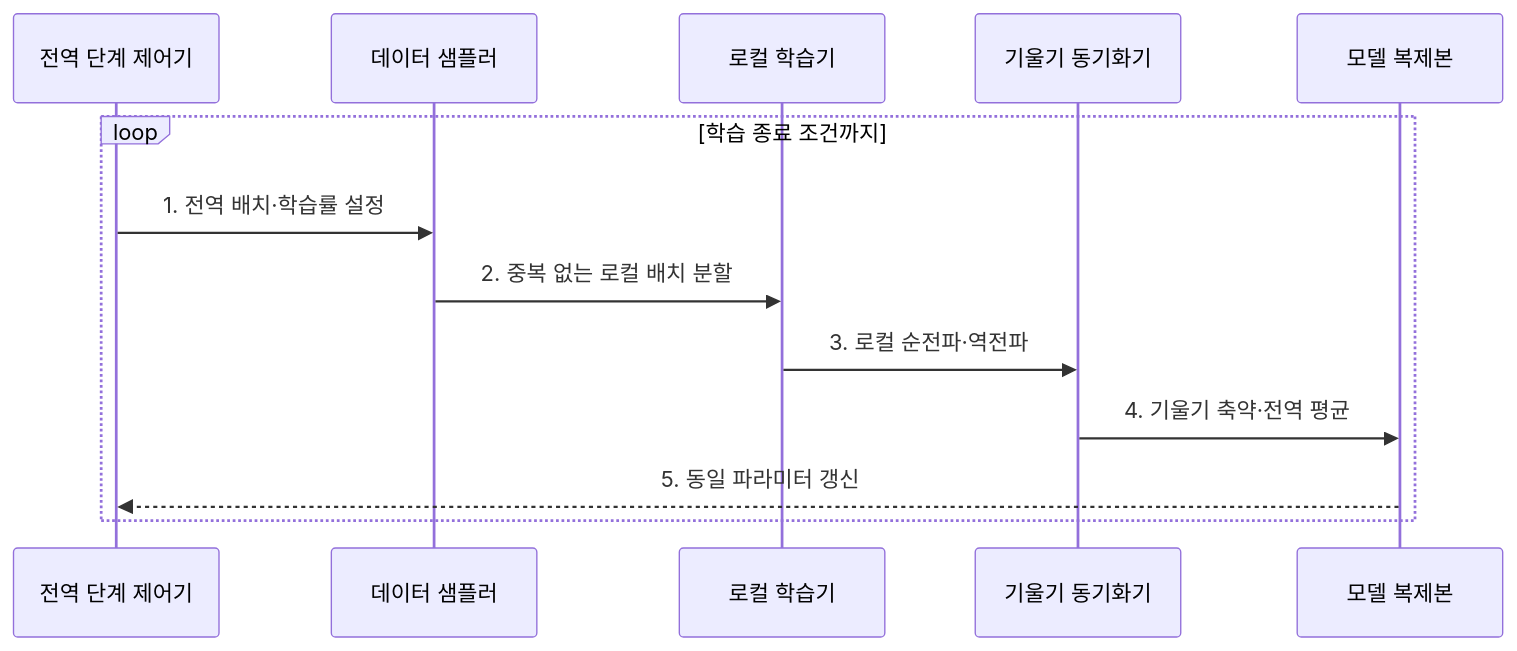
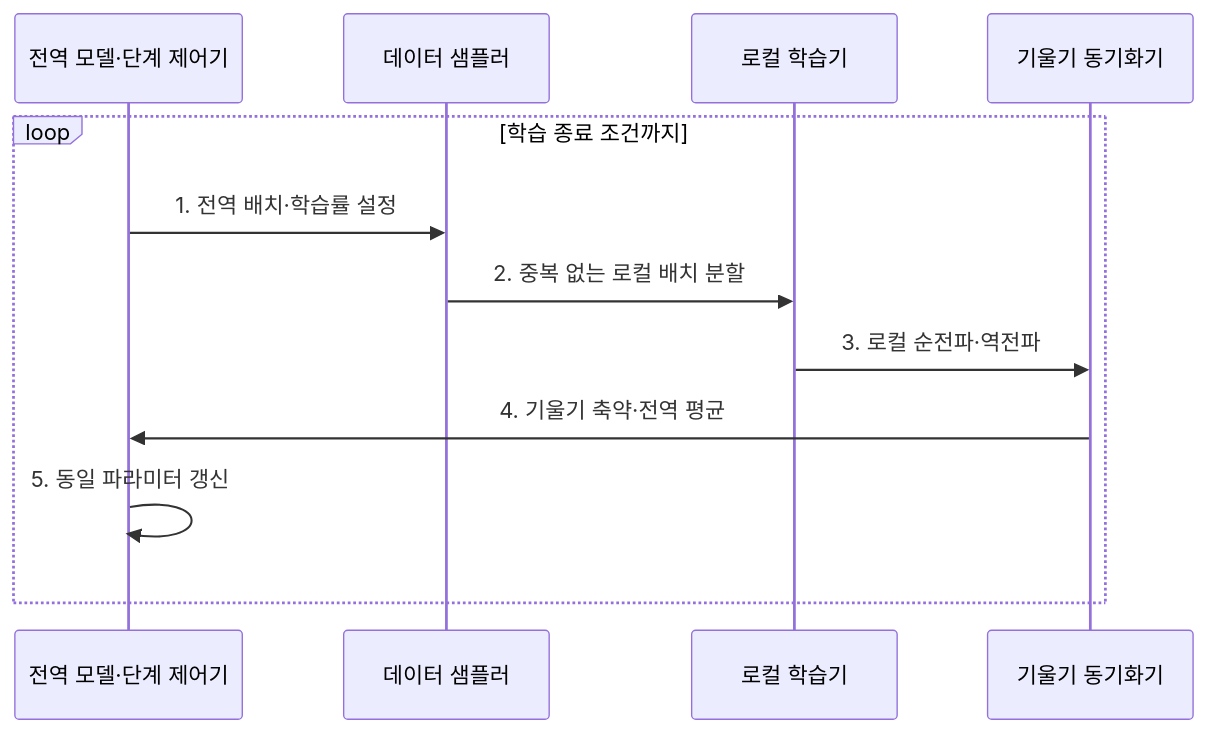
The second of 2 diagrams in src/content/docs/notes/08-latest-tech/154_data_parallelism.md (agnusdei1207/knowledge-base), drawn with Mermaid before and after one commit. The commit also changed 3 other files, not shown here.

````diff
--- a/src/content/docs/notes/08-latest-tech/154_data_parallelism.md
+++ b/src/content/docs/notes/08-latest-tech/154_data_parallelism.md
@@ -99,15 +99,14 @@
 ```mermaid
 sequenceDiagram
-    participant C as 전역 단계 제어기
+    participant C as 전역 모델·단계 제어기
     participant S as 데이터 샘플러
     participant L as 로컬 학습기
     participant G as 기울기 동기화기
-    participant M as 모델 복제본
     loop 학습 종료 조건까지
         C->>S: 1. 전역 배치·학습률 설정
         S->>L: 2. 중복 없는 로컬 배치 분할
         L->>G: 3. 로컬 순전파·역전파
-        G->>M: 4. 기울기 축약·전역 평균
-        M-->>C: 5. 동일 파라미터 갱신
+    G->>C: 4. 기울기 축약·전역 평균
+    C->>C: 5. 동일 파라미터 갱신
     end
 ```
````
